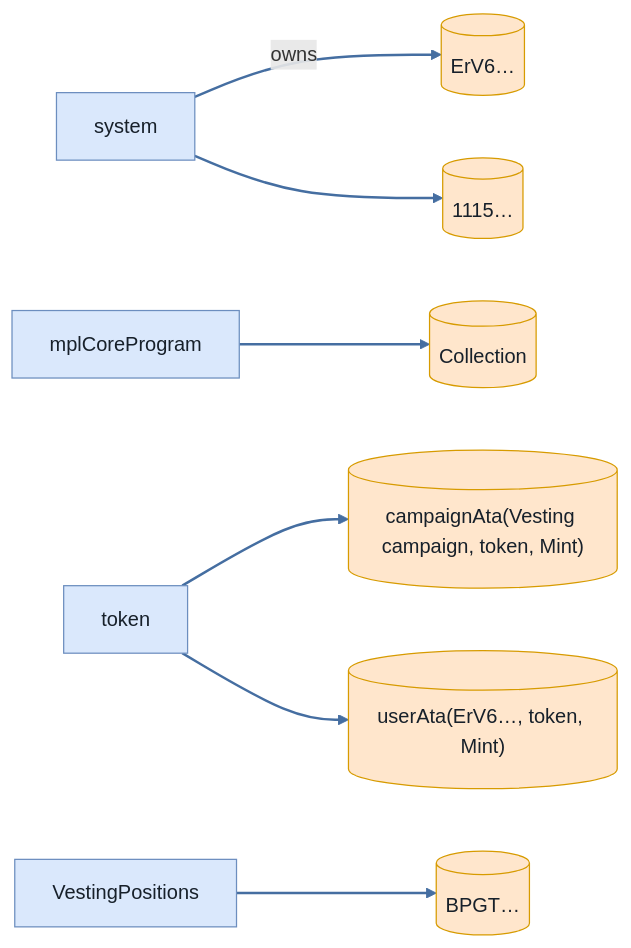
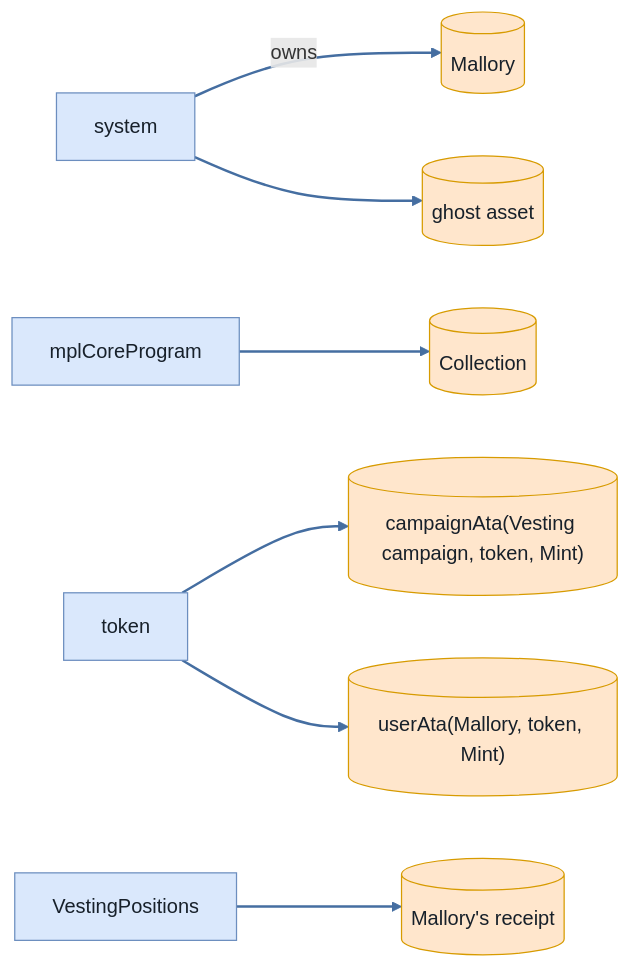
One commit to cds-turbin3/vesting-position changed the sixth of 6 diagrams in babelfish-tests/test-report/scenario_8_wrong_asset_subsequent_claim_fails.md. Above: the diagram before and after it, drawn with Mermaid. The commit also changed other lines of this file and 62 other files, not shown here.

````diff
--- a/babelfish-tests/test-report/scenario_8_wrong_asset_subsequent_claim_fails.md
+++ b/babelfish-tests/test-report/scenario_8_wrong_asset_subsequent_claim_fails.md
@@ -280,23 +281,23 @@
 ```mermaid
 flowchart LR
     system["system"]:::program
-    ErV6[("ErV6…")]:::state
+    Mallory[("Mallory")]:::state
     mplCoreProgram["mplCoreProgram"]:::program
     Collection[("Collection")]:::state
     token["token"]:::program
     campaignAtaVestingcampaigntokenMint[("campaignAta(Vesting campaign, token, Mint)")]:::state
-    userAtaErV6tokenMint[("userAta(ErV6…, token, Mint)")]:::state
-    n1115[("1115…")]:::state
+    userAtaMallorytokenMint[("userAta(Mallory, token, Mint)")]:::state
+    ghostasset[("ghost asset")]:::state
     VestingPositions["VestingPositions"]:::program
-    BPGT[("BPGT…")]:::state
-    system -->|owns| ErV6
+    Mallorysreceipt[("Mallory's receipt")]:::state
+    system -->|owns| Mallory
     mplCoreProgram --> Collection
     token --> campaignAtaVestingcampaigntokenMint
-    token --> userAtaErV6tokenMint
-    system --> n1115
-    VestingPositions --> BPGT
+    token --> userAtaMallorytokenMint
+    system --> ghostasset
+    VestingPositions --> Mallorysreceipt
     classDef program fill:#dae8fc,stroke:#6c8ebf,color:#17202a;
     classDef signer fill:#d5e8d4,stroke:#82b366,color:#17202a;
     classDef state fill:#ffe6cc,stroke:#d79b00,color:#17202a;
     linkStyle 0,1,2,3,4,5 stroke:#456ea1,stroke-width:2px
 ```
````
